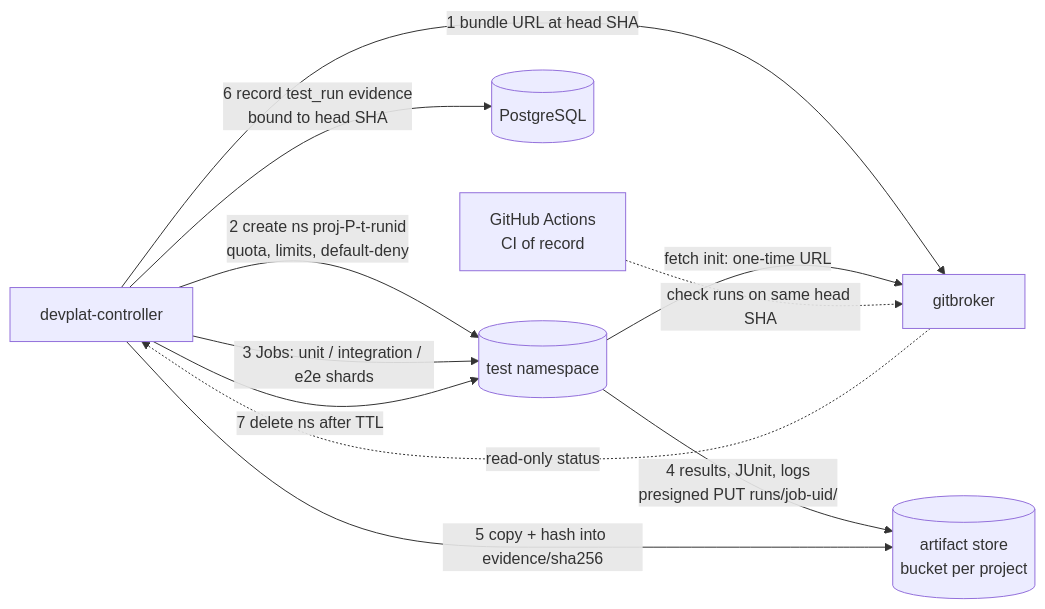
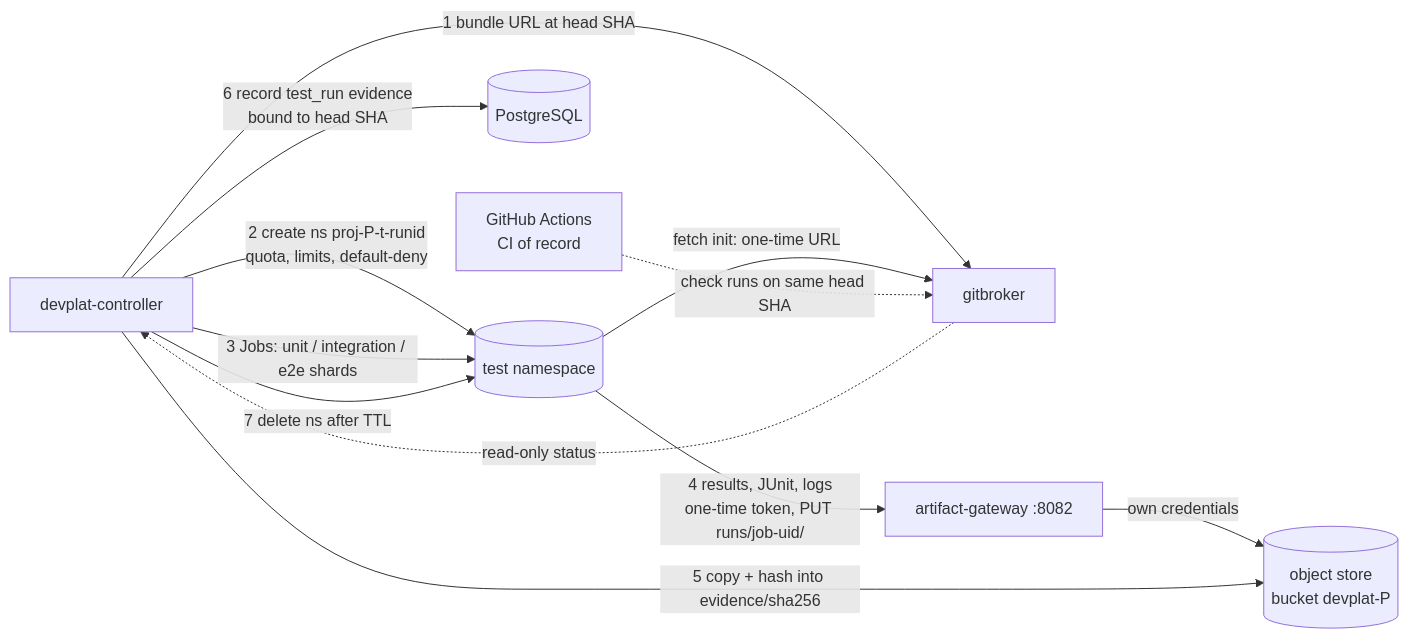
One commit to usjbro/Project-Mercury changed the diagram in docs/mercury/development-orchestration/22-build-test-architecture.md. Above: the diagram before and after it, drawn with Mermaid. The commit also changed other lines of this file and 18 other files, not shown here.

First line of the commit message:
devplat: charts group complete; validate_all calls the chart runner

````diff
--- a/docs/mercury/development-orchestration/22-build-test-architecture.md
+++ b/docs/mercury/development-orchestration/22-build-test-architecture.md
@@ -18,13 +18,14 @@
 ```mermaid
 flowchart LR
   C[devplat-controller] -->|1 bundle URL at head SHA| GB[gitbroker]
   C -->|2 create ns proj-P-t-runid<br/>quota, limits, default-deny| NS[(test namespace)]
   C -->|3 Jobs: unit / integration / e2e shards| NS
   NS -->|fetch init: one-time URL| GB
-  NS -->|4 results, JUnit, logs<br/>presigned PUT runs/job-uid/| S3[(artifact store<br/>bucket per project)]
+  NS -->|4 results, JUnit, logs<br/>one-time token, PUT runs/job-uid/| AG[artifact-gateway :8082]
+  AG -->|own credentials| S3[(object store<br/>bucket devplat-P)]
   C -->|5 copy + hash into evidence/sha256| S3
   C -->|6 record test_run evidence<br/>bound to head SHA| DB[(PostgreSQL)]
   C -->|7 delete ns after TTL| NS
   GH[GitHub Actions<br/>CI of record] -.->|check runs on same head SHA| GB
   GB -.->|read-only status| C
 ```
````
